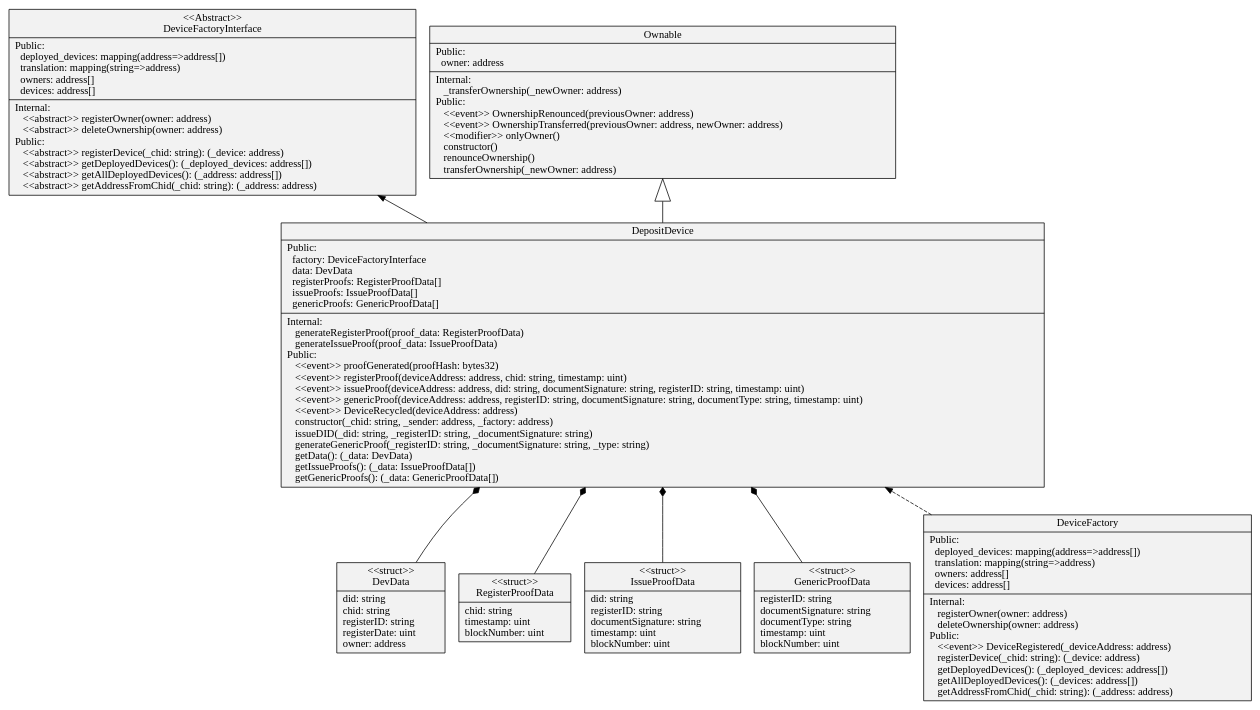
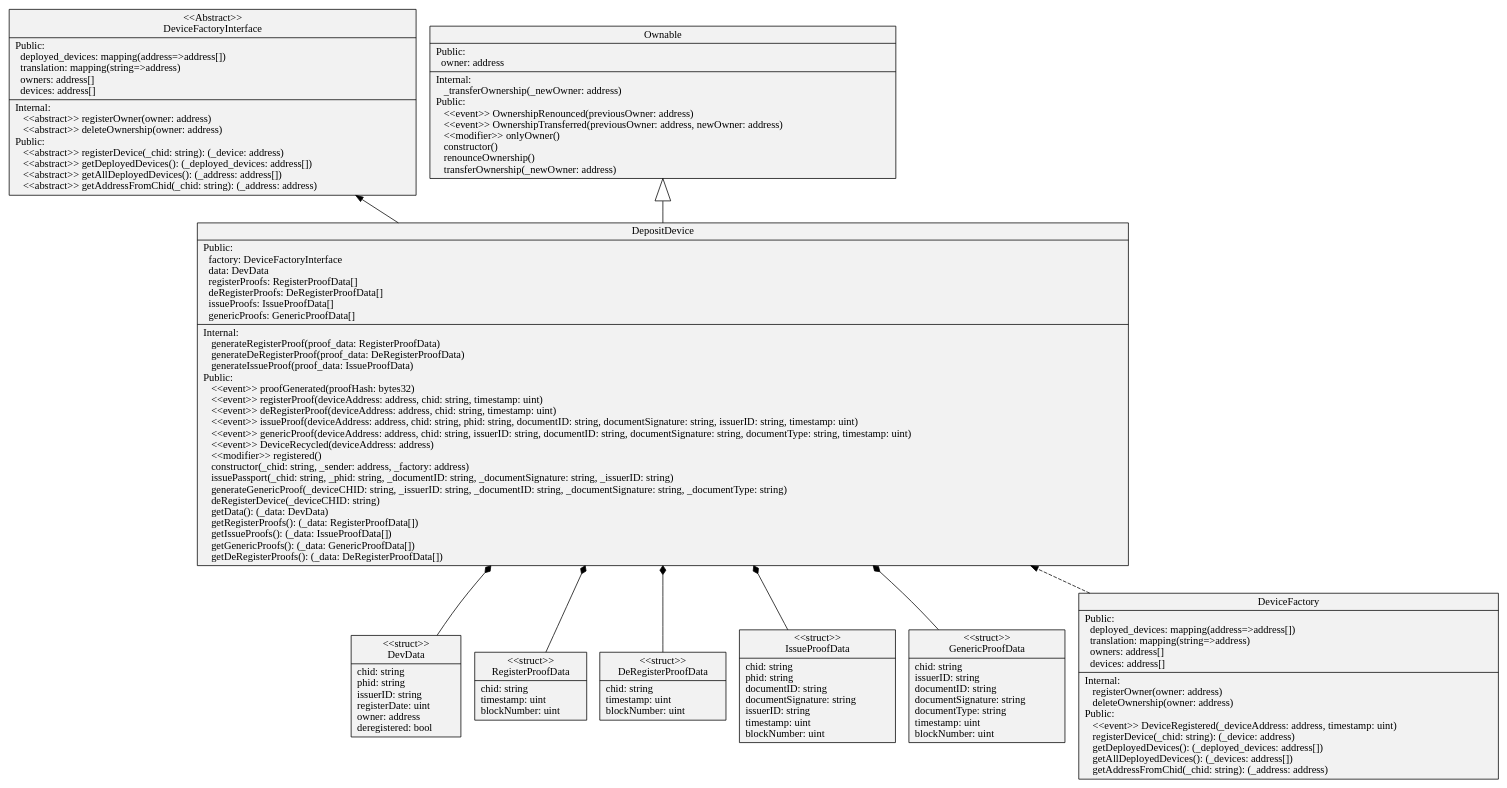
Before and after one commit to eReuse/IdHub: the diagram in uml/classDiagram.dot, drawn with Graphviz. The commit also changed 2 other files, not shown here.

Commit message:
update uml

```diff
--- a/uml/classDiagram.dot
+++ b/uml/classDiagram.dot
@@ -1,25 +1,27 @@
 
 digraph UmlClassDiagram {
 rankdir=BT
 color=black
 arrowhead=open
 node [shape=record, style=filled, fillcolor=gray95]
 subgraph  graph_0 {
 label="..\contracts"
-0 [label="{DepositDevice| Public:\l\ \ \ factory: DeviceFactoryInterface\l\ \ \ data: DevData\l\ \ \ registerProofs: RegisterProofData[]\l\ \ \ issueProofs: IssueProofData[]\l\ \ \ genericProofs: GenericProofData[]\l| Internal:\l\ \ \ \ generateRegisterProof(proof_data: RegisterProofData)\l\ \ \ \ generateIssueProof(proof_data: IssueProofData)\lPublic:\l\ \ \ \ \<\<event\>\> proofGenerated(proofHash: bytes32)\l\ \ \ \ \<\<event\>\> registerProof(deviceAddress: address, chid: string, timestamp: uint)\l\ \ \ \ \<\<event\>\> issueProof(deviceAddress: address, did: string, documentSignature: string, registerID: string, timestamp: uint)\l\ \ \ \ \<\<event\>\> genericProof(deviceAddress: address, registerID: string, documentSignature: string, documentType: string, timestamp: uint)\l\ \ \ \ \<\<event\>\> DeviceRecycled(deviceAddress: address)\l\ \ \ \ constructor(_chid: string, _sender: address, _factory: address)\l\ \ \ \ issueDID(_did: string, _registerID: string, _documentSignature: string)\l\ \ \ \ generateGenericProof(_registerID: string, _documentSignature: string, _type: string)\l\ \ \ \ getData(): (_data: DevData)\l\ \ \ \ getIssueProofs(): (_data: IssueProofData[])\l\ \ \ \ getGenericProofs(): (_data: GenericProofData[])\l}"]
-"0struct0" [label="{\<\<struct\>\>\nDevData|did: string\lchid: string\lregisterID: string\lregisterDate: uint\lowner: address\l}"]
+0 [label="{DepositDevice| Public:\l\ \ \ factory: DeviceFactoryInterface\l\ \ \ data: DevData\l\ \ \ registerProofs: RegisterProofData[]\l\ \ \ deRegisterProofs: DeRegisterProofData[]\l\ \ \ issueProofs: IssueProofData[]\l\ \ \ genericProofs: GenericProofData[]\l| Internal:\l\ \ \ \ generateRegisterProof(proof_data: RegisterProofData)\l\ \ \ \ generateDeRegisterProof(proof_data: DeRegisterProofData)\l\ \ \ \ generateIssueProof(proof_data: IssueProofData)\lPublic:\l\ \ \ \ \<\<event\>\> proofGenerated(proofHash: bytes32)\l\ \ \ \ \<\<event\>\> registerProof(deviceAddress: address, chid: string, timestamp: uint)\l\ \ \ \ \<\<event\>\> deRegisterProof(deviceAddress: address, chid: string, timestamp: uint)\l\ \ \ \ \<\<event\>\> issueProof(deviceAddress: address, chid: string, phid: string, documentID: string, documentSignature: string, issuerID: string, timestamp: uint)\l\ \ \ \ \<\<event\>\> genericProof(deviceAddress: address, chid: string, issuerID: string, documentID: string, documentSignature: string, documentType: string, timestamp: uint)\l\ \ \ \ \<\<event\>\> DeviceRecycled(deviceAddress: address)\l\ \ \ \ \<\<modifier\>\> registered()\l\ \ \ \ constructor(_chid: string, _sender: address, _factory: address)\l\ \ \ \ issuePassport(_chid: string, _phid: string, _documentID: string, _documentSignature: string, _issuerID: string)\l\ \ \ \ generateGenericProof(_deviceCHID: string, _issuerID: string, _documentID: string, _documentSignature: string, _documentType: string)\l\ \ \ \ deRegisterDevice(_deviceCHID: string)\l\ \ \ \ getData(): (_data: DevData)\l\ \ \ \ getRegisterProofs(): (_data: RegisterProofData[])\l\ \ \ \ getIssueProofs(): (_data: IssueProofData[])\l\ \ \ \ getGenericProofs(): (_data: GenericProofData[])\l\ \ \ \ getDeRegisterProofs(): (_data: DeRegisterProofData[])\l}"]
+"0struct0" [label="{\<\<struct\>\>\nDevData|chid: string\lphid: string\lissuerID: string\lregisterDate: uint\lowner: address\lderegistered: bool\l}"]
 "0struct0" -> 0 [arrowhead=diamond, weight=3]
 "0struct1" [label="{\<\<struct\>\>\nRegisterProofData|chid: string\ltimestamp: uint\lblockNumber: uint\l}"]
 "0struct1" -> 0 [arrowhead=diamond, weight=3]
-"0struct2" [label="{\<\<struct\>\>\nIssueProofData|did: string\lregisterID: string\ldocumentSignature: string\ltimestamp: uint\lblockNumber: uint\l}"]
+"0struct2" [label="{\<\<struct\>\>\nDeRegisterProofData|chid: string\ltimestamp: uint\lblockNumber: uint\l}"]
 "0struct2" -> 0 [arrowhead=diamond, weight=3]
-"0struct3" [label="{\<\<struct\>\>\nGenericProofData|registerID: string\ldocumentSignature: string\ldocumentType: string\ltimestamp: uint\lblockNumber: uint\l}"]
+"0struct3" [label="{\<\<struct\>\>\nIssueProofData|chid: string\lphid: string\ldocumentID: string\ldocumentSignature: string\lissuerID: string\ltimestamp: uint\lblockNumber: uint\l}"]
 "0struct3" -> 0 [arrowhead=diamond, weight=3]
-1 [label="{DeviceFactory| Public:\l\ \ \ deployed_devices: mapping\(address=\>address[]\)\l\ \ \ translation: mapping\(string=\>address\)\l\ \ \ owners: address[]\l\ \ \ devices: address[]\l| Internal:\l\ \ \ \ registerOwner(owner: address)\l\ \ \ \ deleteOwnership(owner: address)\lPublic:\l\ \ \ \ \<\<event\>\> DeviceRegistered(_deviceAddress: address)\l\ \ \ \ registerDevice(_chid: string): (_device: address)\l\ \ \ \ getDeployedDevices(): (_deployed_devices: address[])\l\ \ \ \ getAllDeployedDevices(): (_devices: address[])\l\ \ \ \ getAddressFromChid(_chid: string): (_address: address)\l}"]
+"0struct4" [label="{\<\<struct\>\>\nGenericProofData|chid: string\lissuerID: string\ldocumentID: string\ldocumentSignature: string\ldocumentType: string\ltimestamp: uint\lblockNumber: uint\l}"]
+"0struct4" -> 0 [arrowhead=diamond, weight=3]
+1 [label="{DeviceFactory| Public:\l\ \ \ deployed_devices: mapping\(address=\>address[]\)\l\ \ \ translation: mapping\(string=\>address\)\l\ \ \ owners: address[]\l\ \ \ devices: address[]\l| Internal:\l\ \ \ \ registerOwner(owner: address)\l\ \ \ \ deleteOwnership(owner: address)\lPublic:\l\ \ \ \ \<\<event\>\> DeviceRegistered(_deviceAddress: address, timestamp: uint)\l\ \ \ \ registerDevice(_chid: string): (_device: address)\l\ \ \ \ getDeployedDevices(): (_deployed_devices: address[])\l\ \ \ \ getAllDeployedDevices(): (_devices: address[])\l\ \ \ \ getAddressFromChid(_chid: string): (_address: address)\l}"]
 2 [label="{\<\<Abstract\>\>\nDeviceFactoryInterface| Public:\l\ \ \ deployed_devices: mapping\(address=\>address[]\)\l\ \ \ translation: mapping\(string=\>address\)\l\ \ \ owners: address[]\l\ \ \ devices: address[]\l| Internal:\l\ \ \ \ \<\<abstract\>\> registerOwner(owner: address)\l\ \ \ \ \<\<abstract\>\> deleteOwnership(owner: address)\lPublic:\l\ \ \ \ \<\<abstract\>\> registerDevice(_chid: string): (_device: address)\l\ \ \ \ \<\<abstract\>\> getDeployedDevices(): (_deployed_devices: address[])\l\ \ \ \ \<\<abstract\>\> getAllDeployedDevices(): (_address: address[])\l\ \ \ \ \<\<abstract\>\> getAddressFromChid(_chid: string): (_address: address)\l}"]
 3 [label="{Ownable| Public:\l\ \ \ owner: address\l| Internal:\l\ \ \ \ _transferOwnership(_newOwner: address)\lPublic:\l\ \ \ \ \<\<event\>\> OwnershipRenounced(previousOwner: address)\l\ \ \ \ \<\<event\>\> OwnershipTransferred(previousOwner: address, newOwner: address)\l\ \ \ \ \<\<modifier\>\> onlyOwner()\l\ \ \ \ constructor()\l\ \ \ \ renounceOwnership()\l\ \ \ \ transferOwnership(_newOwner: address)\l}"]
 }
 0 -> 3 [arrowhead=empty, arrowsize=3, weight=4, ]
 0 -> 2 []
 1 -> 0 [style=dashed, ]
 }
```
